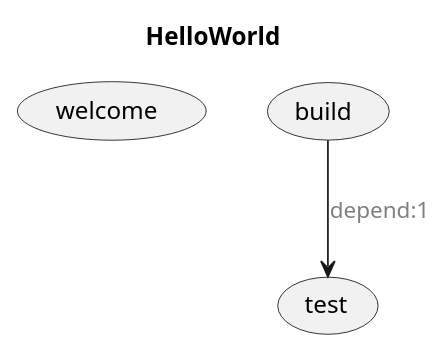
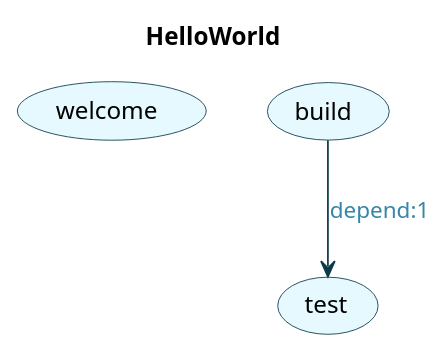
One commit to jawira/phing-visualizer changed the diagram in resources/puml/gist-kbariotis.puml. Above: the diagram before and after it, drawn with PlantUML. The commit also changed 7 other files, not shown here.

```diff
--- a/resources/puml/gist-kbariotis.puml
+++ b/resources/puml/gist-kbariotis.puml
@@ -2,13 +1,18 @@
-        @startuml
-        
-            title HelloWorld
-        skinparam arrowFontColor Grey
-        
-            (welcome)
-            
-            (test)
-            
-            (build)
-            
-            (build) --> (test) : depend:1
-        @enduml
+@startuml
+
+title HelloWorld
+skinparam Arrow {
+    Color #0C3A49
+    FontColor #3787A6
+}
+skinparam Usecase {
+    BackgroundColor #E6F9FE
+    BorderColor #0C3A49
+}
+
+(welcome)
+(test)
+(build)
+
+(build) --> (test) : depend:1
+@enduml
```
